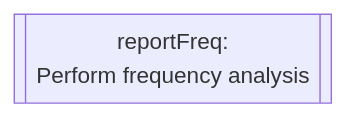
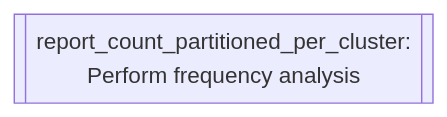
Diagram 22 of 26 in docs/02-workflow/02-methodology-summary.md (Tuks-ICMM/Pharmacogenetic-Analysis-Pipeline), drawn with Mermaid before and after one commit. The commit also changed other lines of this file and 2 other files, not shown here.

````diff
--- a/docs/02-workflow/02-methodology-summary.md
+++ b/docs/02-workflow/02-methodology-summary.md
@@ -870,4 +946,4 @@
   ```mermaid
   flowchart TD
-    reportFreq[[reportFreq:\nPerform frequency analysis]]
+    report_count_partitioned_per_cluster[[report_count_partitioned_per_cluster:\nPerform frequency analysis]]
   ```
````
